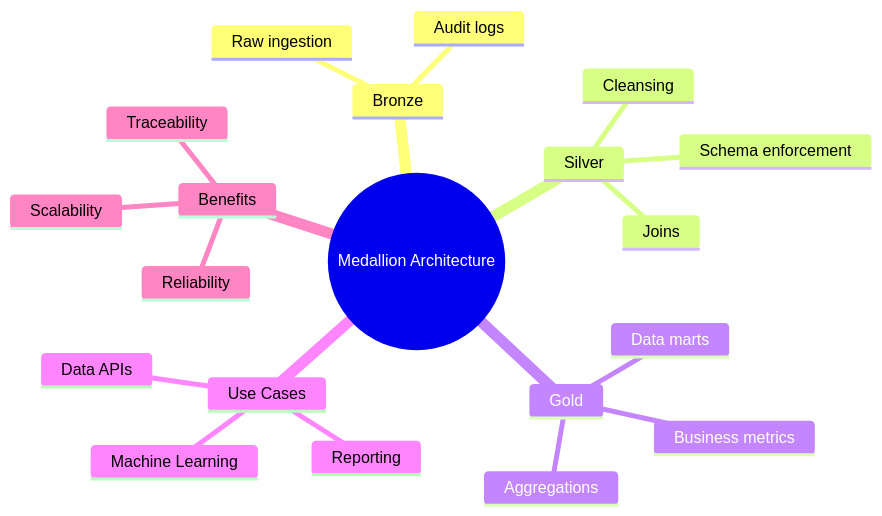
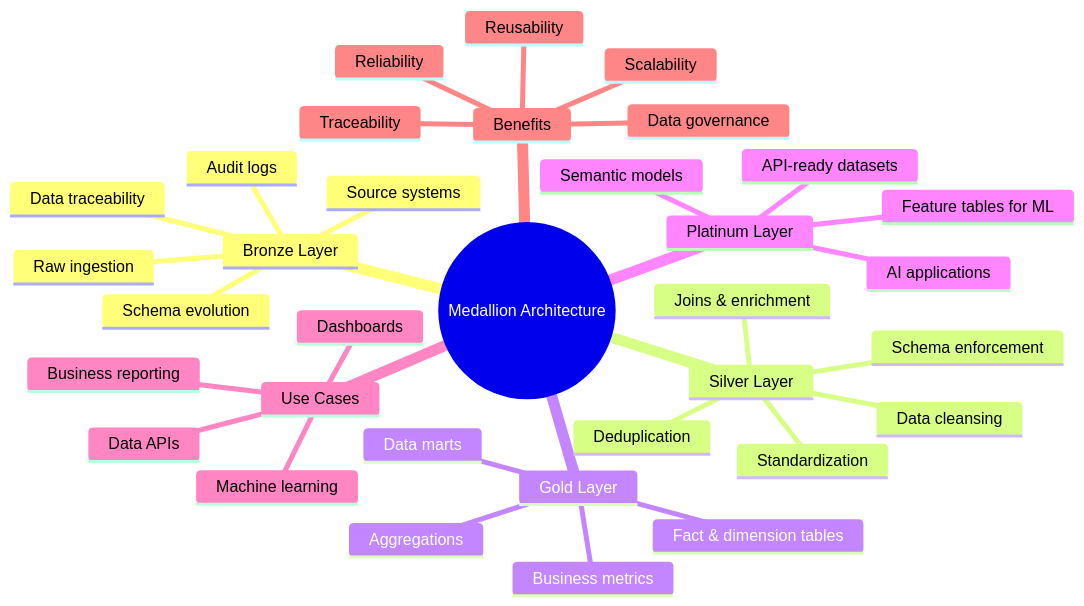
One commit to tinitiateprime/tinitiate-data-engineering changed the second of 2 diagrams in medallion-architecture.md. Above: the diagram before and after it, drawn with Mermaid. The commit also changed other lines of this file and 2 other files, not shown here.

````diff
--- a/medallion-architecture.md
+++ b/medallion-architecture.md
@@ -55,23 +158,37 @@
 ```mermaid
 mindmap
   root((Medallion Architecture))
-    Bronze
+    Bronze Layer
       Raw ingestion
+      Source systems
       Audit logs
-    Silver
-      Cleansing
+      Schema evolution
+      Data traceability
+    Silver Layer
+      Data cleansing
+      Deduplication
       Schema enforcement
-      Joins
-    Gold
+      Joins & enrichment
+      Standardization
+    Gold Layer
       Aggregations
       Business metrics
+      Fact & dimension tables
       Data marts
+    Platinum Layer
+      Semantic models
+      Feature tables for ML
+      API-ready datasets
+      AI applications
     Use Cases
-      Reporting
-      Machine Learning
+      Business reporting
+      Machine learning
       Data APIs
+      Dashboards
     Benefits
       Reliability
       Scalability
       Traceability
+      Data governance
+      Reusability
 ``` 
````
